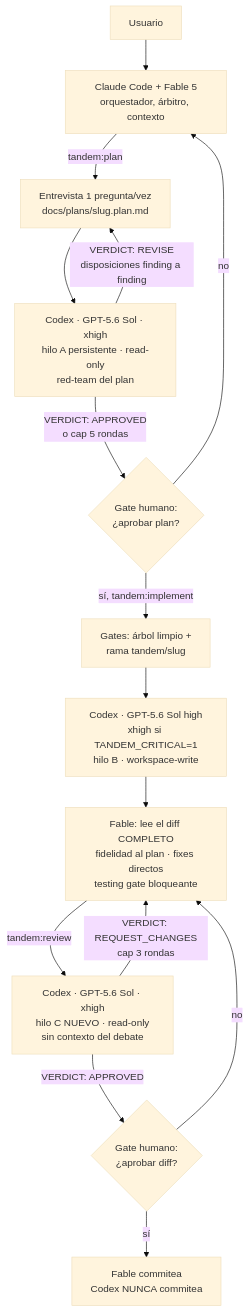
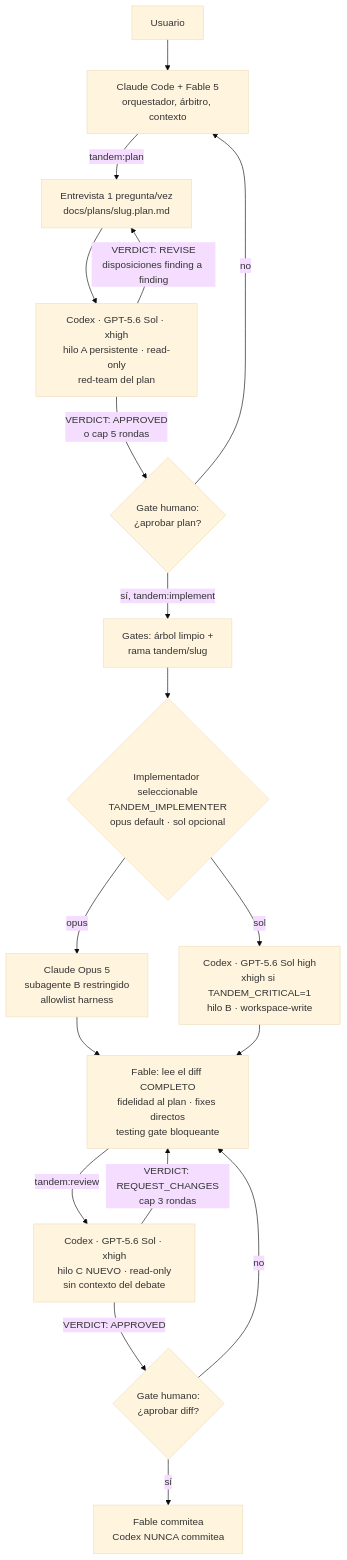
Before and after one commit to LivWorksDev/Claude_GPT: the diagram in docs/ARCHITECTURE.md, drawn with Mermaid (base theme). The commit also changed other lines of this file and 10 other files, not shown here.

First line of the commit message:
Implementador seleccionable: Opus 5 default, Sol opcional (v0.9.0)

````diff
--- a/docs/ARCHITECTURE.md
+++ b/docs/ARCHITECTURE.md
@@ -5,21 +5,24 @@
 ```mermaid
 flowchart TD
     U[Usuario] --> F[Claude Code + Fable 5<br/>orquestador, árbitro, contexto]
 
     F -->|tandem:plan| P[Entrevista 1 pregunta/vez<br/>docs/plans/slug.plan.md]
     P --> S1[Codex · GPT-5.6 Sol · xhigh<br/>hilo A persistente · read-only<br/>red-team del plan]
     S1 -->|VERDICT: REVISE<br/>disposiciones finding a finding| P
     S1 -->|VERDICT: APPROVED<br/>o cap 5 rondas| H1{Gate humano:<br/>¿aprobar plan?}
 
     H1 -->|sí, tandem:implement| G[Gates: árbol limpio +<br/>rama tandem/slug]
-    G --> L[Codex · GPT-5.6 Sol high<br/>xhigh si TANDEM_CRITICAL=1<br/>hilo B · workspace-write]
-    L --> V[Fable: lee el diff COMPLETO<br/>fidelidad al plan · fixes directos<br/>testing gate bloqueante]
+    G --> L{Implementador seleccionable<br/>TANDEM_IMPLEMENTER<br/>opus default · sol opcional}
+    L -->|opus| O[Claude Opus 5<br/>subagente B restringido<br/>allowlist harness]
+    L -->|sol| B[Codex · GPT-5.6 Sol high<br/>xhigh si TANDEM_CRITICAL=1<br/>hilo B · workspace-write]
+    O --> V[Fable: lee el diff COMPLETO<br/>fidelidad al plan · fixes directos<br/>testing gate bloqueante]
+    B --> V
 
     V -->|tandem:review| S2[Codex · GPT-5.6 Sol · xhigh<br/>hilo C NUEVO · read-only<br/>sin contexto del debate]
     S2 -->|VERDICT: REQUEST_CHANGES<br/>cap 3 rondas| V
     S2 -->|VERDICT: APPROVED| H2{Gate humano:<br/>¿aprobar diff?}
 
     H2 -->|sí| C[Fable commitea<br/>Codex NUNCA commitea]
     H1 -->|no| F
     H2 -->|no| V
 ```
````
